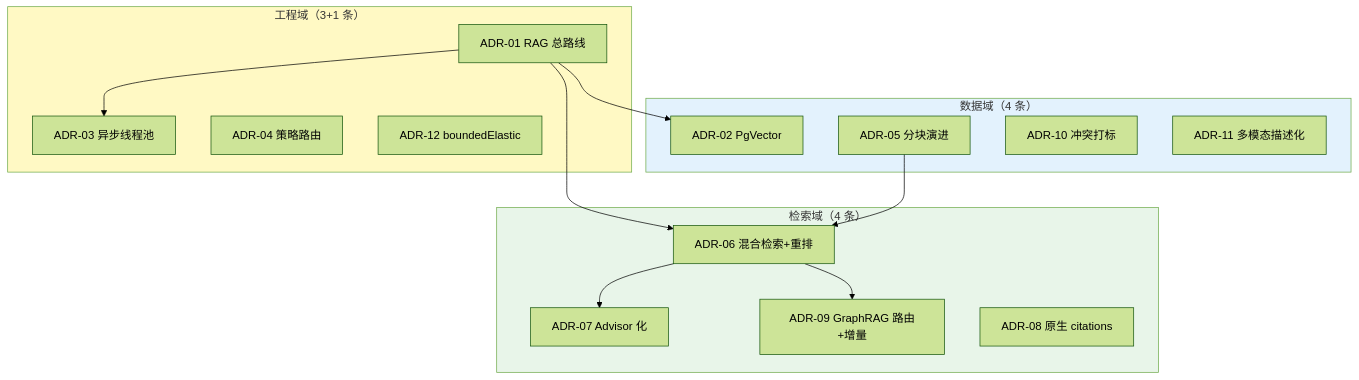
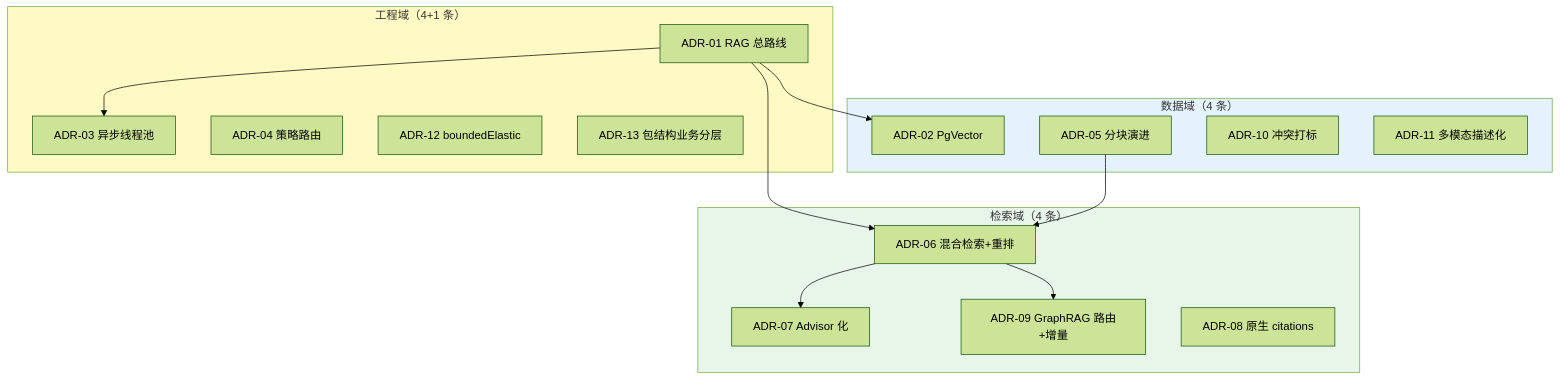
The second of 4 diagrams in docs/项目/01-智能文档助手/08-ADR架构决策记录.md (UranusGit/java-agent-learn), drawn with Mermaid (forest theme) before and after one commit. The commit also changed other lines of this file and 9 other files, not shown here.

````diff
--- a/docs/项目/01-智能文档助手/08-ADR架构决策记录.md
+++ b/docs/项目/01-智能文档助手/08-ADR架构决策记录.md
@@ -64,32 +65,33 @@
 ```mermaid
 graph TB
     subgraph 检索域["检索域（4 条）"]
         R1["ADR-06 混合检索+重排"]
         R2["ADR-07 Advisor 化"]
         R3["ADR-09 GraphRAG 路由+增量"]
         R4["ADR-08 原生 citations"]
     end
     subgraph 数据域["数据域（4 条）"]
         D1["ADR-02 PgVector"]
         D2["ADR-05 分块演进"]
         D3["ADR-10 冲突打标"]
         D4["ADR-11 多模态描述化"]
     end
-    subgraph 工程域["工程域（3+1 条）"]
+    subgraph 工程域["工程域（4+1 条）"]
         E1["ADR-03 异步线程池"]
         E2["ADR-04 策略路由"]
         E3["ADR-12 boundedElastic"]
+        E4["ADR-13 包结构业务分层"]
         T["ADR-01 RAG 总路线"]
     end
 
     T --> R1
     T --> D1
     T --> E1
     R1 --> R3
     R1 --> R2
     D2 --> R1
 
     style 检索域 fill:#e8f5e9
     style 数据域 fill:#e3f2fd
     style 工程域 fill:#fff9c4
 ```
````
